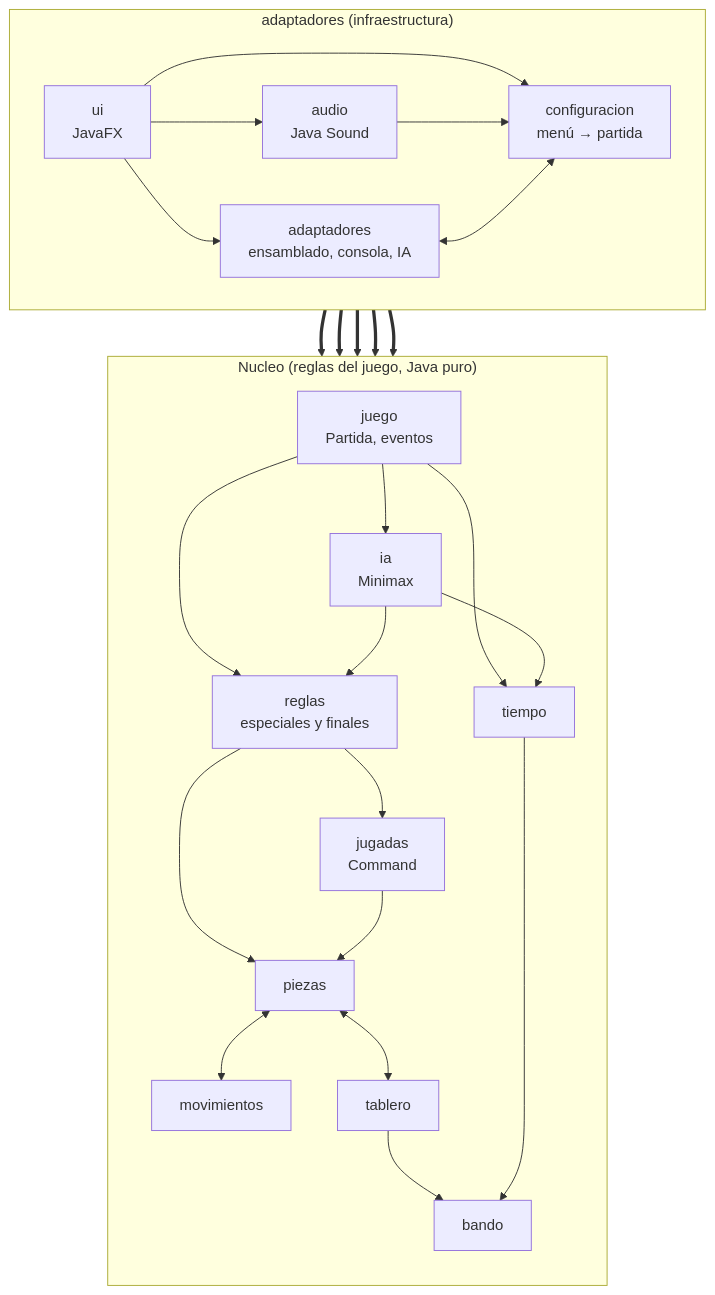
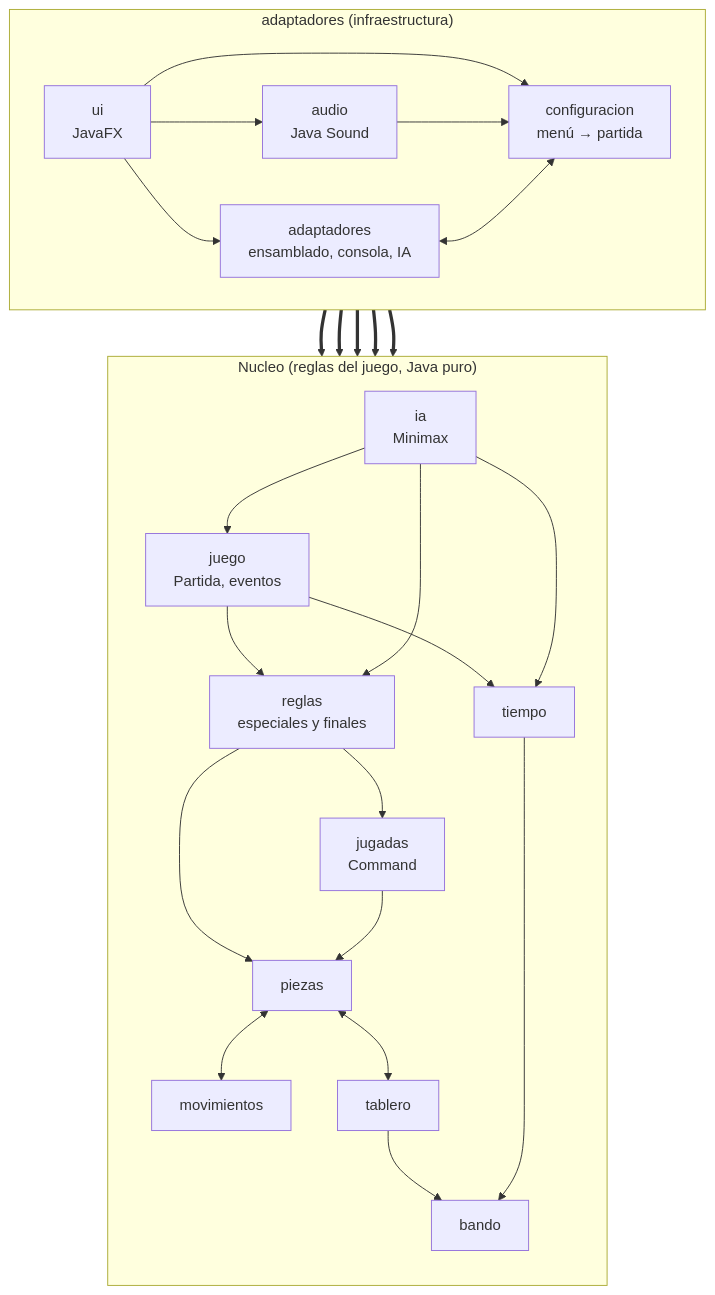
One commit to JoaquinIgnacioCampos/Chiquichess changed the diagram in docs/uml/01-vista-general.md. Above: the diagram before and after it, drawn with Mermaid. The commit also changed other lines of this file and 39 other files, not shown here.

````diff
--- a/docs/uml/01-vista-general.md
+++ b/docs/uml/01-vista-general.md
@@ -8,48 +8,48 @@
 ```mermaid
 flowchart TB
     subgraph ADAPTADORES["adaptadores (infraestructura)"]
         direction LR
         ui["ui<br/>JavaFX"]
         audio["audio<br/>Java Sound"]
         consola["adaptadores<br/>ensamblado, consola, IA"]
         configuracion["configuracion<br/>menú → partida"]
     end
 
     subgraph NUCLEO["Nucleo (reglas del juego, Java puro)"]
         direction TB
         ia["ia<br/>Minimax"]
         juego["juego<br/>Partida, eventos"]
         reglas["reglas<br/>especiales y finales"]
         jugadas["jugadas<br/>Command"]
         piezas["piezas"]
         movimientos["movimientos"]
         tablero["tablero"]
         tiempo["tiempo"]
         bando["bando"]
     end
 
     ui --> audio
     ui --> configuracion
     ui --> consola
     audio --> configuracion
     consola <--> configuracion
 
     ui ==> juego
     audio ==> juego
     consola ==> juego
     consola ==> ia
     configuracion ==> juego
 
-    juego --> ia
+    ia --> juego
     juego --> reglas
     ia --> reglas
     reglas --> jugadas
     reglas --> piezas
     jugadas --> piezas
     piezas <--> movimientos
     piezas <--> tablero
     juego --> tiempo
     ia --> tiempo
     tablero --> bando
     tiempo --> bando
 ```
````
